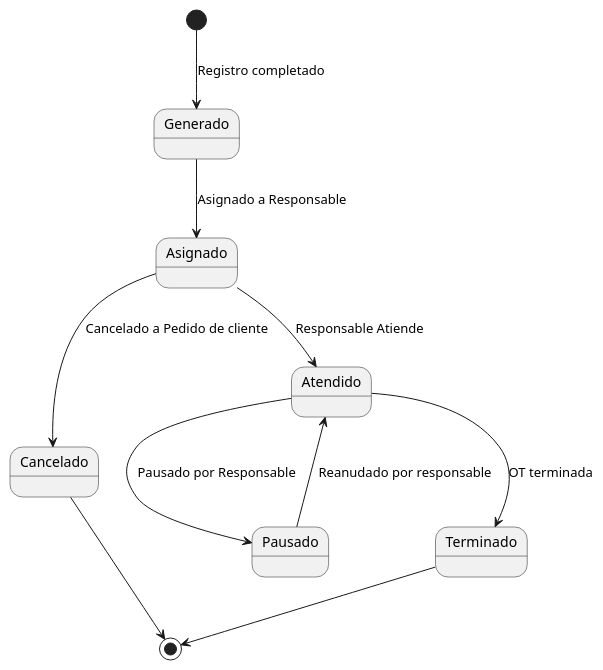
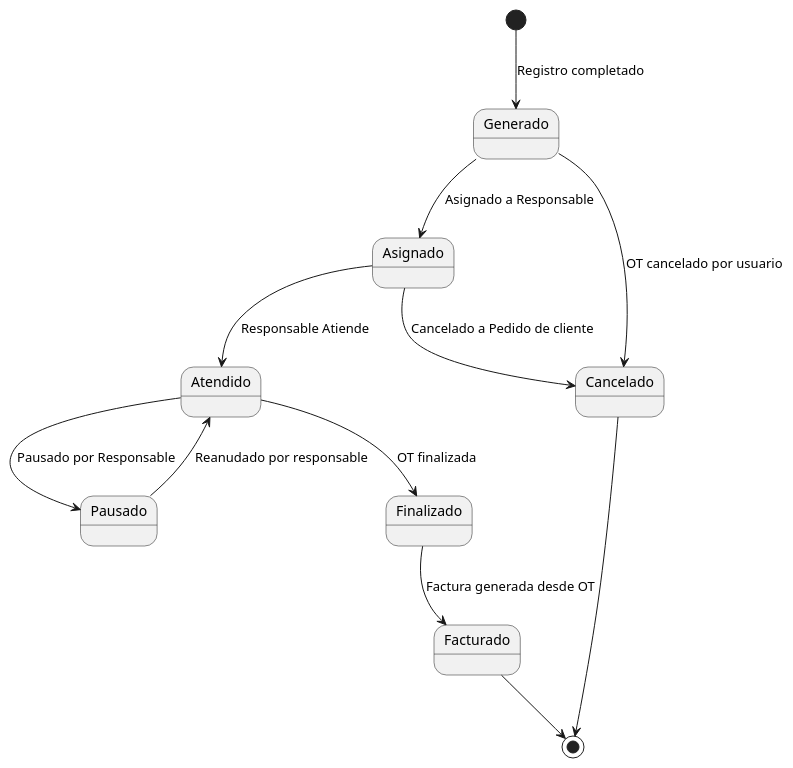
One commit to marcelolezcanodev/GarageGuru changed the diagram in Diagramas/estado-OrdenTrabajo.plantuml. Above: the diagram before and after it, drawn with PlantUML. The commit also changed 2 other files, not shown here.

Commit message:
diagrama de secuencia

```diff
--- a/Diagramas/estado-OrdenTrabajo.plantuml
+++ b/Diagramas/estado-OrdenTrabajo.plantuml
@@ -1,11 +1,13 @@
 @startuml estado-OT
 [*] --> Generado : Registro completado
 Generado --> Asignado : Asignado a Responsable
+Generado --> Cancelado: OT cancelado por usuario
 Asignado --> Cancelado: Cancelado a Pedido de cliente
 Asignado --> Atendido : Responsable Atiende
 Atendido --> Pausado: Pausado por Responsable
 Pausado --> Atendido: Reanudado por responsable
-Atendido --> Terminado: OT terminada
+Atendido --> Finalizado: OT finalizada
+Finalizado --> Facturado: Factura generada desde OT
+Facturado --> [*]
 Cancelado --> [*]
-Terminado -->[*]
 @enduml
```
